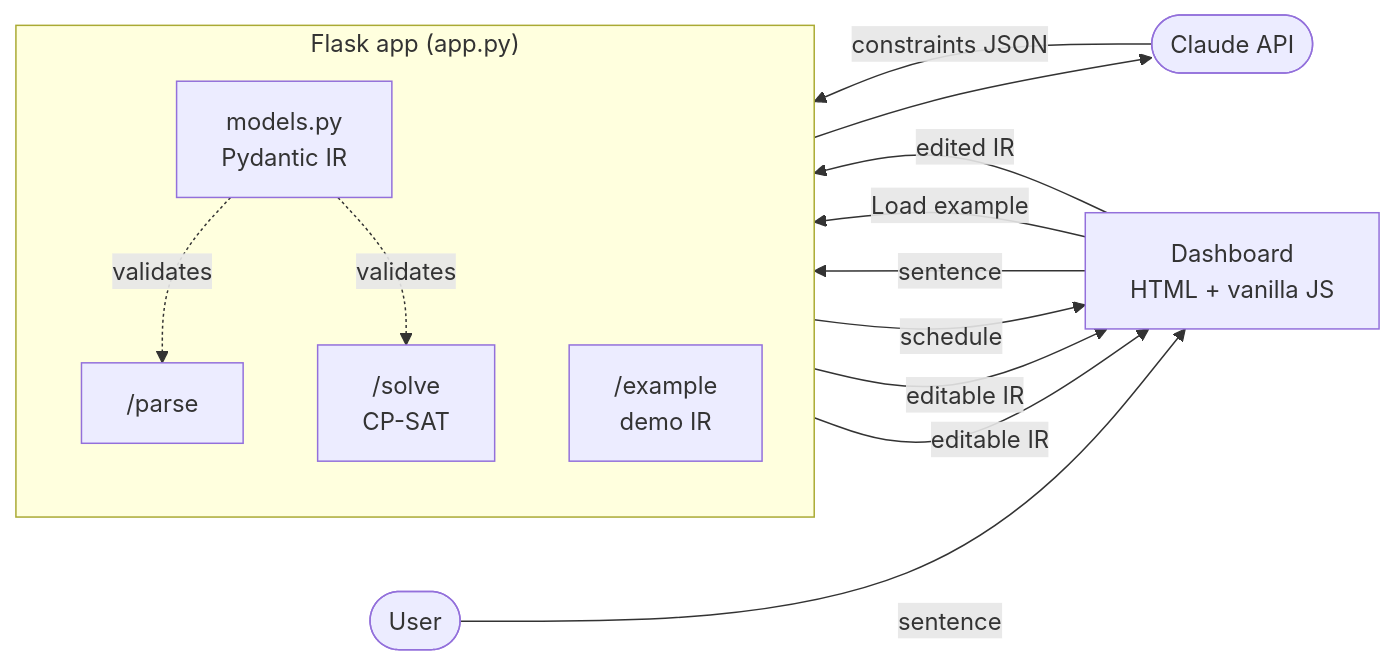
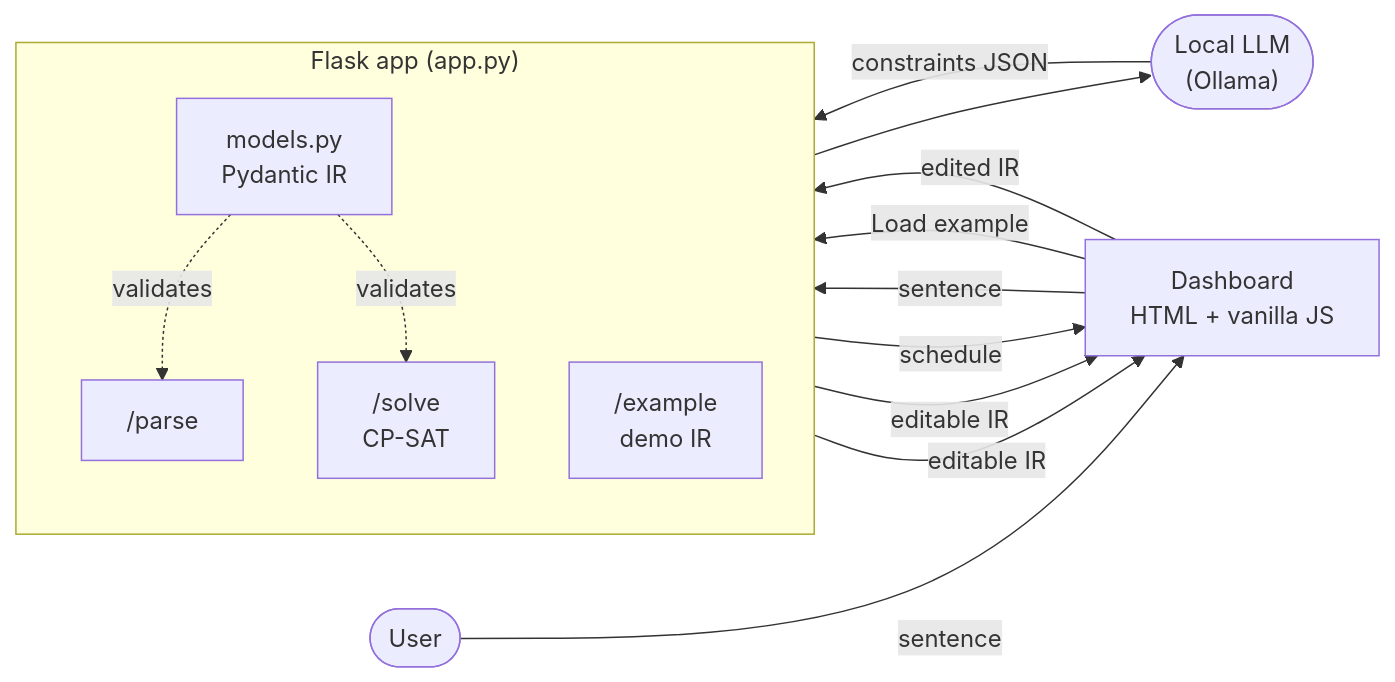
The diagram in README.md (henryqpham/CP-SAT-PROJECT), drawn with Mermaid before and after one commit. The commit also changed other lines of this file and 2 other files, not shown here.

Commit message:
Swap /parse to a local Ollama model (no API key, offline)

````diff
--- a/README.md
+++ b/README.md
@@ -25,25 +26,25 @@
 ```mermaid
 flowchart LR
     U(["User"]) -->|sentence| FE["Dashboard<br/>HTML + vanilla JS"]
 
     subgraph FLASK["Flask app (app.py)"]
         direction TB
         PARSE["/parse"]
         SOLVE["/solve<br/>CP-SAT"]
         EXAMPLE["/example<br/>demo IR"]
         MODELS["models.py<br/>Pydantic IR"]
     end
 
-    CLAUDE(["Claude API"])
+    LLM(["Local LLM<br/>(Ollama)"])
 
     FE -->|sentence| PARSE
-    PARSE --> CLAUDE
-    CLAUDE -->|constraints JSON| PARSE
+    PARSE --> LLM
+    LLM -->|constraints JSON| PARSE
     PARSE -->|editable IR| FE
     FE -->|"Load example"| EXAMPLE
     EXAMPLE -->|editable IR| FE
     FE -->|edited IR| SOLVE
     SOLVE -->|schedule| FE
     MODELS -.validates.-> PARSE
     MODELS -.validates.-> SOLVE
 ```
````
